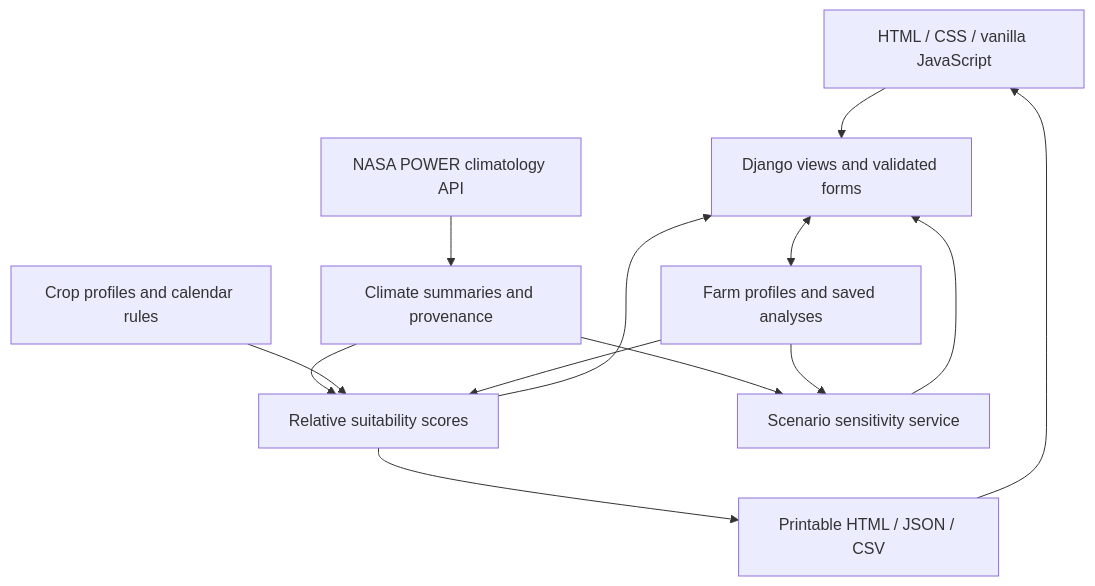
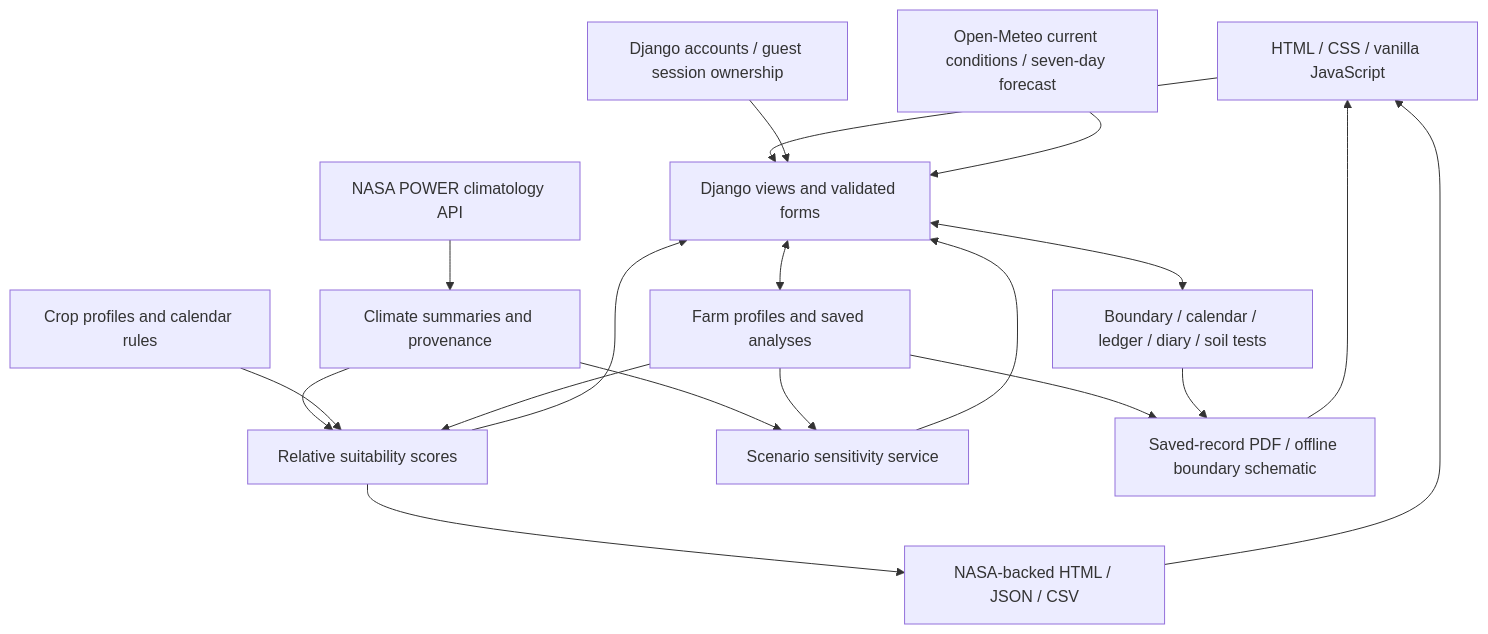
One commit to badhan3-alt/agritwin-ai changed the diagram in docs/architecture.md. Above: the diagram before and after it, drawn with Mermaid. The commit also changed other lines of this file and 102 other files, not shown here.

````diff
--- a/docs/architecture.md
+++ b/docs/architecture.md
@@ -5,24 +5,34 @@
 ```mermaid
 flowchart TD
     Browser[HTML / CSS / vanilla JavaScript]
     Views[Django views and validated forms]
     Farms[Farm profiles and saved analyses]
+    Accounts[Django accounts / guest session ownership]
+    Records[Boundary / calendar / ledger / diary / soil tests]
     Power[NASA POWER climatology API]
     Climate[Climate summaries and provenance]
     Rules[Crop profiles and calendar rules]
     Scoring[Relative suitability scores]
     Scenario[Scenario sensitivity service]
-    Report[Printable HTML / JSON / CSV]
+    Forecast[Open-Meteo current conditions / seven-day forecast]
+    Report[NASA-backed HTML / JSON / CSV]
+    PDF[Saved-record PDF / offline boundary schematic]
     Browser --> Views
     Views <--> Farms
+    Accounts --> Views
+    Views <--> Records
+    Forecast --> Views
     Power --> Climate
     Climate --> Scoring
     Rules --> Scoring
     Farms --> Scoring
     Scoring --> Report
     Climate --> Scenario
     Farms --> Scenario
     Scenario --> Views
     Scoring --> Views
     Report --> Browser
+    Farms --> PDF
+    Records --> PDF
+    PDF --> Browser
 ```
````
